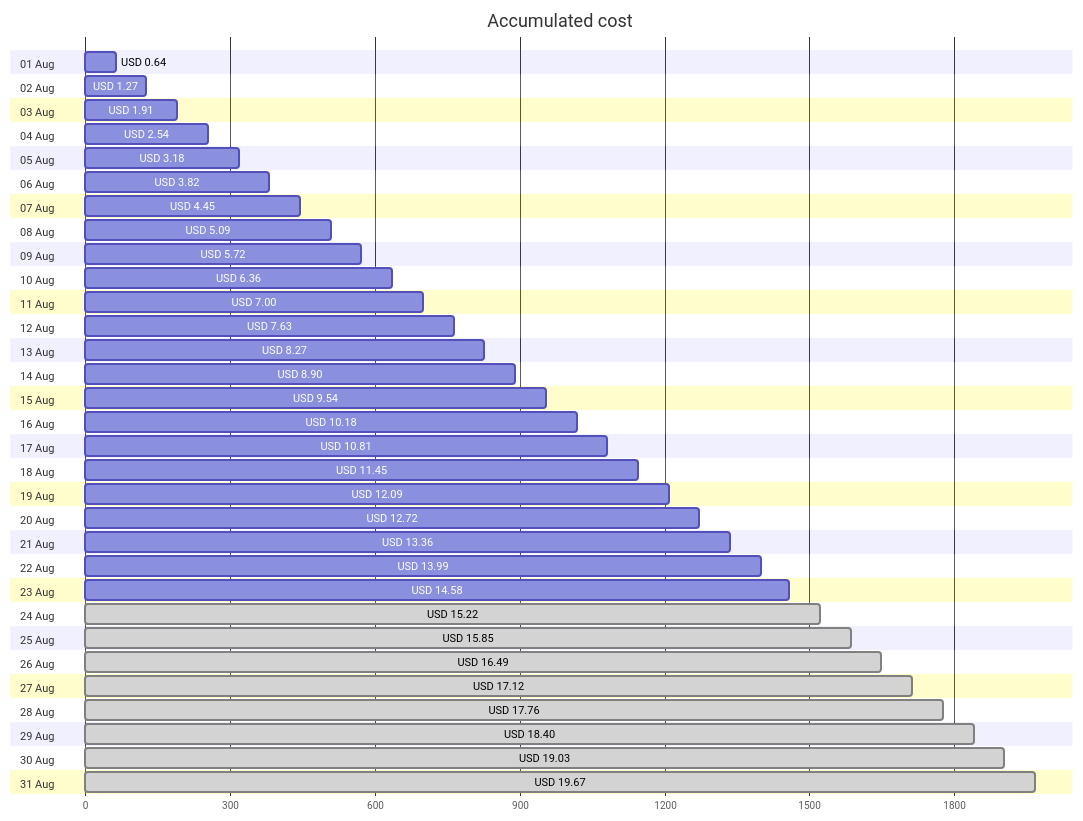
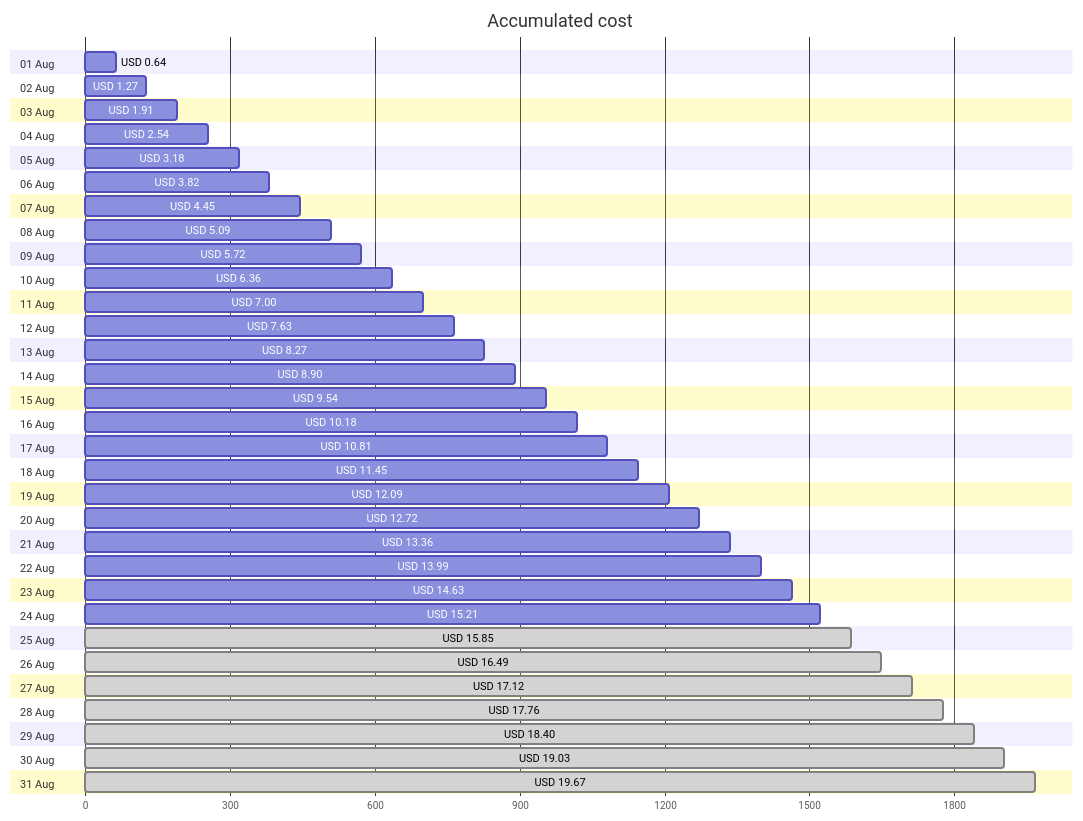
One commit to jpfulton/azure-personal-reports changed the first of 4 diagrams in cost-reports/accumulated-cost.md. Above: the diagram before and after it, drawn with Mermaid. The commit also changed other lines of this file and 4 other files, not shown here.

````diff
--- a/cost-reports/accumulated-cost.md
+++ b/cost-reports/accumulated-cost.md
@@ -20,68 +20,68 @@
 ```mermaid
 gantt
    title Accumulated cost
    dateFormat  X
    axisFormat %s
    section 01 Aug
    USD 0.64 :0, 64
    section 02 Aug
    USD 1.27 :0, 127
    section 03 Aug
    USD 1.91 :0, 191
    section 04 Aug
    USD 2.54 :0, 254
    section 05 Aug
    USD 3.18 :0, 318
    section 06 Aug
    USD 3.82 :0, 382
    section 07 Aug
    USD 4.45 :0, 445
    section 08 Aug
    USD 5.09 :0, 509
    section 09 Aug
    USD 5.72 :0, 572
    section 10 Aug
    USD 6.36 :0, 636
    section 11 Aug
    USD 7.00 :0, 700
    section 12 Aug
    USD 7.63 :0, 763
    section 13 Aug
    USD 8.27 :0, 827
    section 14 Aug
    USD 8.90 :0, 890
    section 15 Aug
    USD 9.54 :0, 954
    section 16 Aug
    USD 10.18 :0, 1018
    section 17 Aug
    USD 10.81 :0, 1081
    section 18 Aug
    USD 11.45 :0, 1145
    section 19 Aug
    USD 12.09 :0, 1209
    section 20 Aug
    USD 12.72 :0, 1272
    section 21 Aug
    USD 13.36 :0, 1336
    section 22 Aug
    USD 13.99 :0, 1399
    section 23 Aug
-   USD 14.58 :0, 1458
+   USD 14.63 :0, 1463
    section 24 Aug
-   USD 15.22 : done, 0, 1522
+   USD 15.21 :0, 1521
    section 25 Aug
    USD 15.85 : done, 0, 1585
    section 26 Aug
    USD 16.49 : done, 0, 1649
    section 27 Aug
    USD 17.12 : done, 0, 1712
    section 28 Aug
    USD 17.76 : done, 0, 1776
    section 29 Aug
    USD 18.40 : done, 0, 1840
    section 30 Aug
    USD 19.03 : done, 0, 1903
    section 31 Aug
    USD 19.67 : done, 0, 1967
 ```
````
